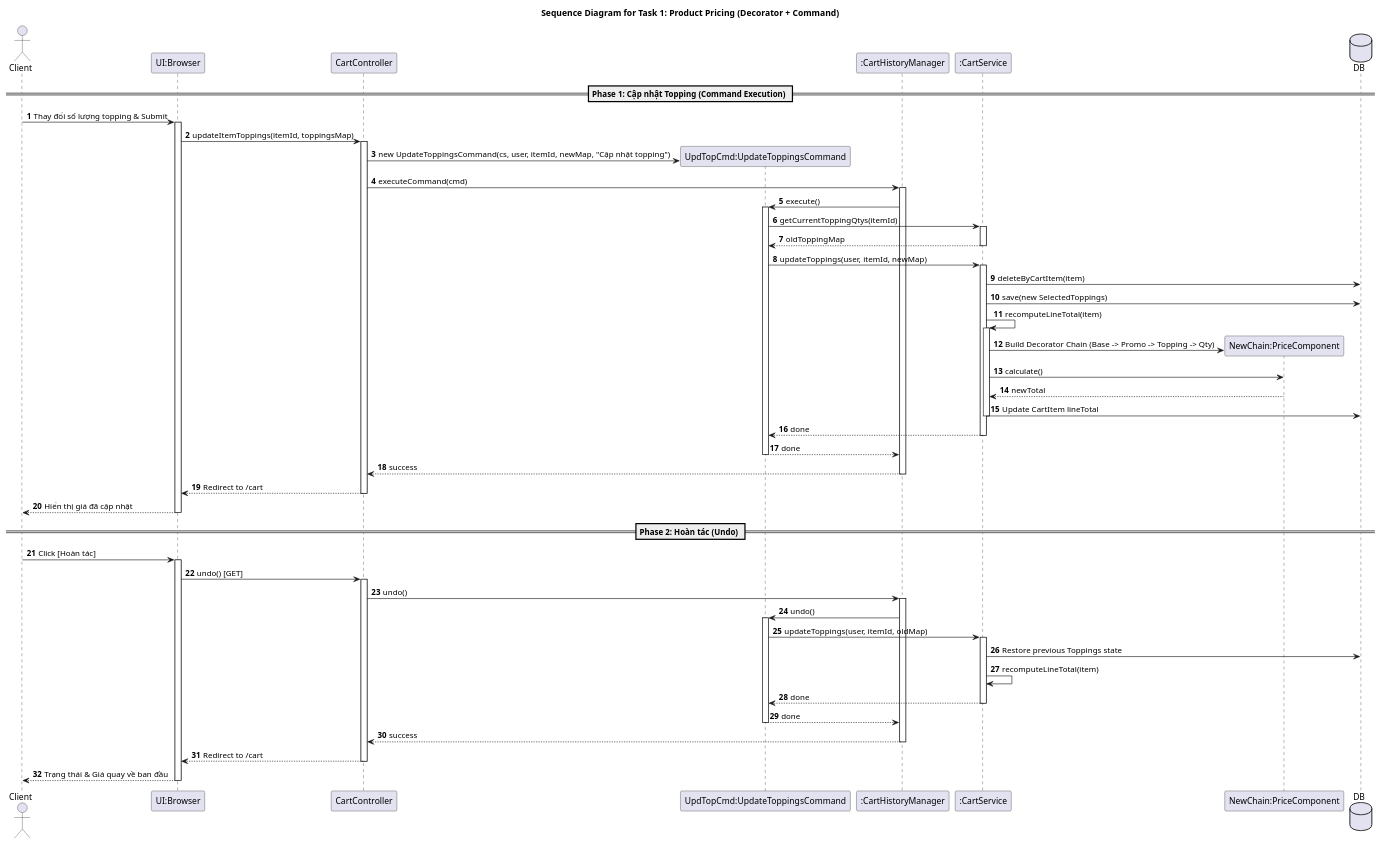
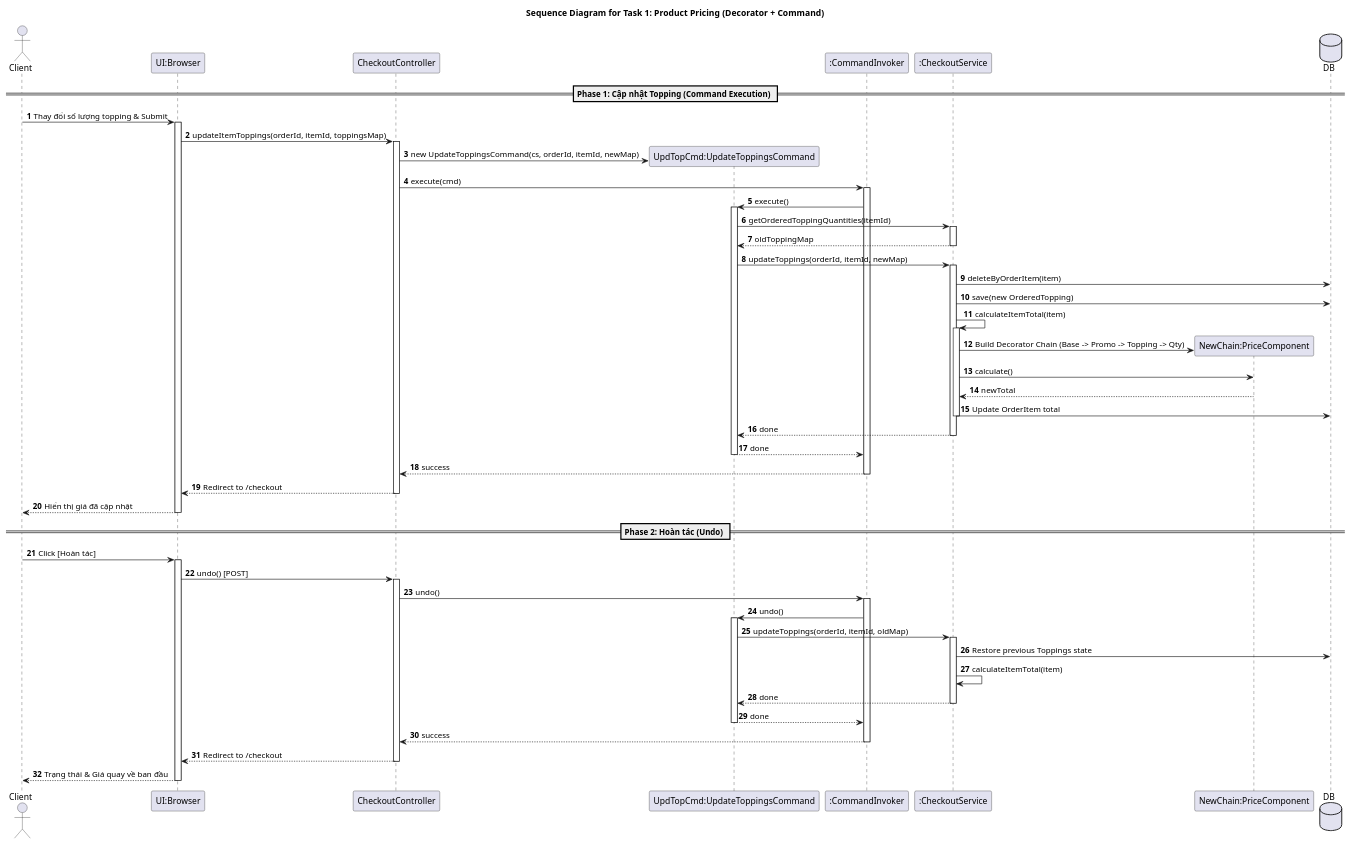
One commit to vothnha26/Object-Oriented_Design changed the diagram in problems/Member3_ProductAdmin/task1_sequence.puml. Above: the diagram before and after it, drawn with PlantUML. The commit also changed 27 other files, not shown here.

Commit message:
docs: update design problems and sequence diagrams, remove SHIPPER role, and transition to Session/Cookie cart model

```diff
--- a/problems/Member3_ProductAdmin/task1_sequence.puml
+++ b/problems/Member3_ProductAdmin/task1_sequence.puml
@@ -1,80 +1,80 @@
-@startuml
+@startuml task1_sequence
 title Sequence Diagram for Task 1: Product Pricing (Decorator + Command)
 autonumber
 
 actor Client
 participant "UI:Browser" as UI
-participant "CartController" as CC
+participant "CheckoutController" as CC
 participant "UpdTopCmd:UpdateToppingsCommand" as UTC
-participant ":CartHistoryManager" as CHM
-participant ":CartService" as CS
+participant ":CommandInvoker" as CI
+participant ":CheckoutService" as CS
 participant "NewChain:PriceComponent" as PC
 database DB
 
 == Phase 1: Cập nhật Topping (Command Execution) ==
 Client -> UI : Thay đổi số lượng topping & Submit
 activate UI
-UI -> CC : updateItemToppings(itemId, toppingsMap)
+UI -> CC : updateItemToppings(orderId, itemId, toppingsMap)
 activate CC
 
-CC -> UTC** : new UpdateToppingsCommand(cs, user, itemId, newMap, "Cập nhật topping")
-CC -> CHM : executeCommand(cmd)
-activate CHM
+CC -> UTC** : new UpdateToppingsCommand(cs, orderId, itemId, newMap)
+CC -> CI : execute(cmd)
+activate CI
 
-CHM -> UTC : execute()
+CI -> UTC : execute()
 activate UTC
-UTC -> CS : getCurrentToppingQtys(itemId)
+UTC -> CS : getOrderedToppingQuantities(itemId)
 activate CS
 CS --> UTC : oldToppingMap
 deactivate CS
 
-UTC -> CS : updateToppings(user, itemId, newMap)
+UTC -> CS : updateToppings(orderId, itemId, newMap)
 activate CS
 
-CS -> DB : deleteByCartItem(item)
-CS -> DB : save(new SelectedToppings)
-CS -> CS : recomputeLineTotal(item)
+CS -> DB : deleteByOrderItem(item)
+CS -> DB : save(new OrderedTopping)
+CS -> CS : calculateItemTotal(item)
 activate CS
 CS -> PC** : Build Decorator Chain (Base -> Promo -> Topping -> Qty)
 CS -> PC : calculate()
 PC --> CS : newTotal
-CS -> DB : Update CartItem lineTotal
+CS -> DB : Update OrderItem total
 deactivate CS
 
 CS --> UTC : done
 deactivate CS
-UTC --> CHM : done
+UTC --> CI : done
 deactivate UTC
-CHM --> CC : success
-deactivate CHM
+CI --> CC : success
+deactivate CI
 
-CC --> UI : Redirect to /cart
+CC --> UI : Redirect to /checkout
 deactivate CC
 UI --> Client : Hiển thị giá đã cập nhật
 deactivate UI
 
 == Phase 2: Hoàn tác (Undo) ==
 Client -> UI : Click [Hoàn tác]
 activate UI
-UI -> CC : undo() [GET]
+UI -> CC : undo() [POST]
 activate CC
-CC -> CHM : undo()
-activate CHM
-CHM -> UTC : undo()
+CC -> CI : undo()
+activate CI
+CI -> UTC : undo()
 activate UTC
-UTC -> CS : updateToppings(user, itemId, oldMap)
+UTC -> CS : updateToppings(orderId, itemId, oldMap)
 activate CS
 CS -> DB : Restore previous Toppings state
-CS -> CS : recomputeLineTotal(item)
+CS -> CS : calculateItemTotal(item)
 CS --> UTC : done
 deactivate CS
-UTC --> CHM : done
+UTC --> CI : done
 deactivate UTC
-CHM --> CC : success
-deactivate CHM
-CC --> UI : Redirect to /cart
+CI --> CC : success
+deactivate CI
+CC --> UI : Redirect to /checkout
 deactivate CC
 UI --> Client : Trạng thái & Giá quay về ban đầu
 deactivate UI
 
 @enduml
```
